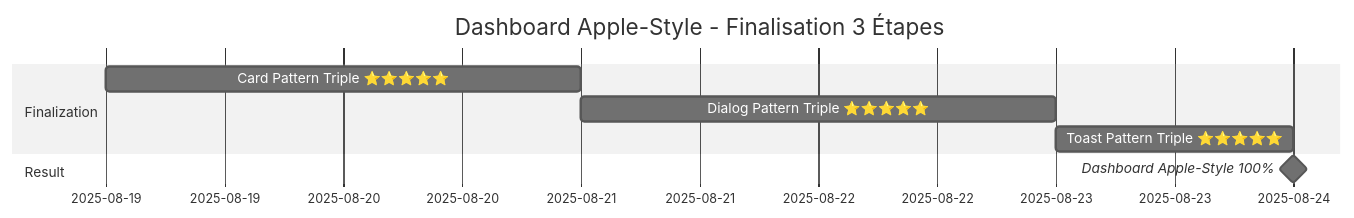
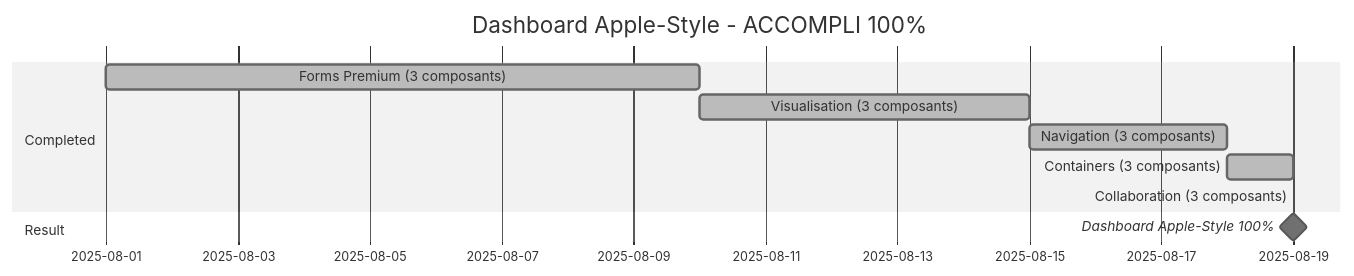
One commit to dainabase/directus-unified-platform changed the diagram in DEVELOPMENT_ROADMAP_2025.md. Above: the diagram before and after it, drawn with Mermaid (neutral theme). The commit also changed other lines of this file, not shown here.

First line of the commit message:
feat: Update DEVELOPMENT_ROADMAP_2025.md - Dashboard Apple-Style 100% ACCOMPLI

````diff
--- a/DEVELOPMENT_ROADMAP_2025.md
+++ b/DEVELOPMENT_ROADMAP_2025.md
@@ -195,13 +113,15 @@
 ```mermaid
 gantt
-    title Dashboard Apple-Style - Finalisation 3 Étapes
+    title Dashboard Apple-Style - ACCOMPLI 100%
     dateFormat YYYY-MM-DD
     
-    section Finalization
-    Card Pattern Triple ⭐⭐⭐⭐⭐    :2025-08-19, 2d
-    Dialog Pattern Triple ⭐⭐⭐⭐⭐  :2025-08-21, 2d  
-    Toast Pattern Triple ⭐⭐⭐⭐⭐   :2025-08-23, 1d
+    section Completed
+    Forms Premium (3 composants)      :done, 2025-08-01, 2025-08-10
+    Visualisation (3 composants)      :done, 2025-08-10, 2025-08-15
+    Navigation (3 composants)         :done, 2025-08-15, 2025-08-18
+    Containers (3 composants)         :done, 2025-08-18, 2025-08-19
+    Collaboration (3 composants)      :done, 2025-08-19, 2025-08-19
     
     section Result
-    Dashboard Apple-Style 100%      :milestone, 2025-08-24, 0d
+    Dashboard Apple-Style 100%        :milestone, 2025-08-19, 0d
 ```
````
